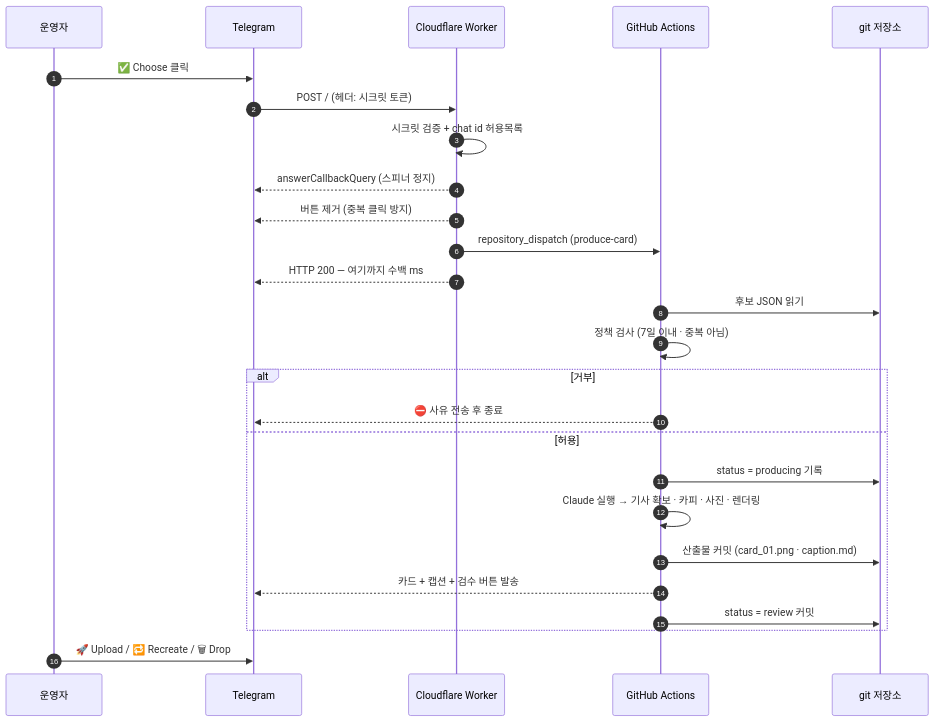
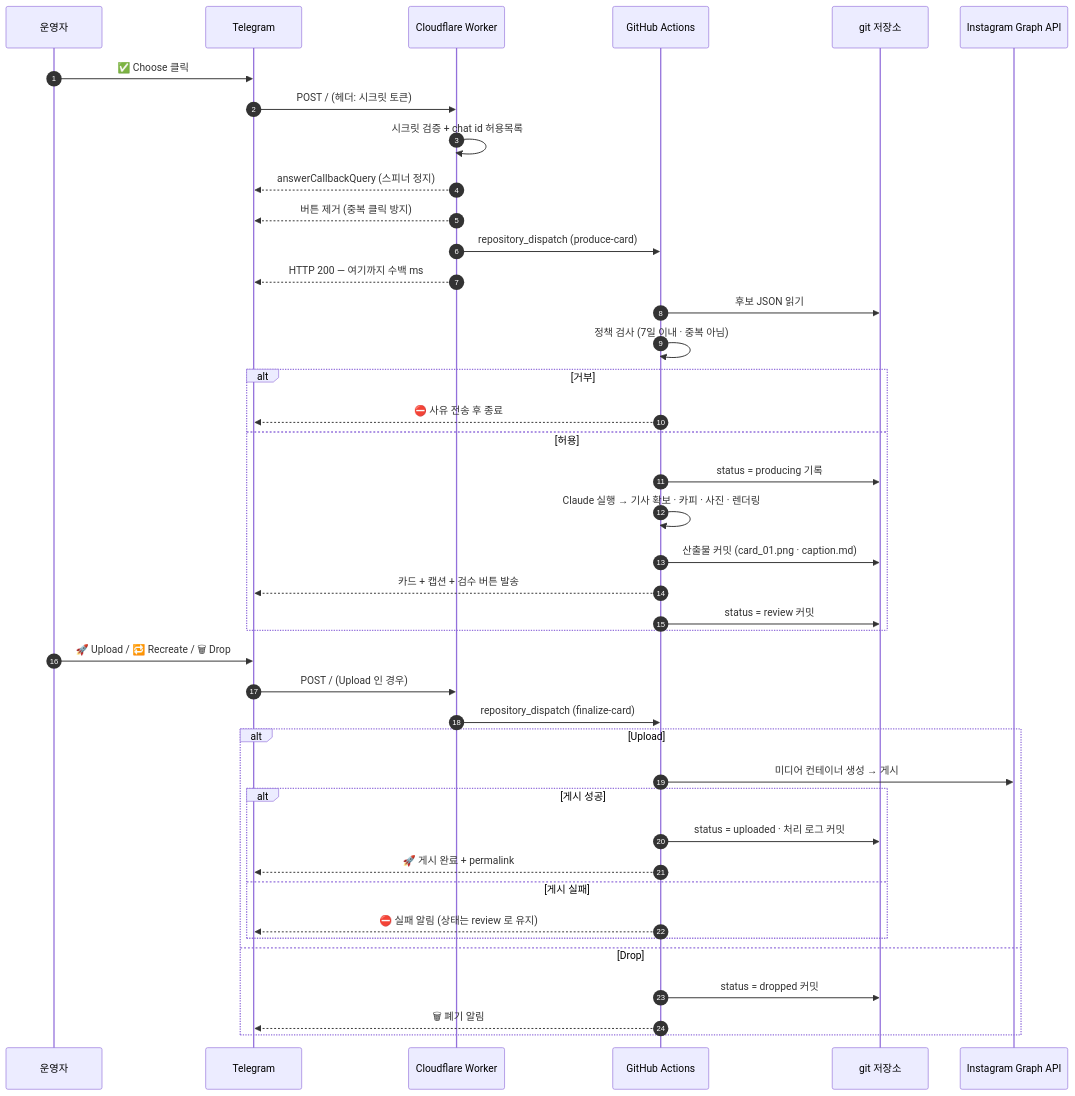
One commit to myoungah-kim/cardnews-surfing-magazine changed the third of 5 diagrams in ARCHITECTURE.md. Above: the diagram before and after it, drawn with Mermaid. The commit also changed other lines of this file and 5 other files, not shown here.

````diff
--- a/ARCHITECTURE.md
+++ b/ARCHITECTURE.md
@@ -91,31 +94,46 @@
 ```mermaid
 sequenceDiagram
     autonumber
     participant U as 운영자
     participant T as Telegram
     participant W as Cloudflare Worker
     participant G as GitHub Actions
     participant R as git 저장소
+    participant IG as Instagram Graph API
 
     U->>T: ✅ Choose 클릭
     T->>W: POST /  (헤더: 시크릿 토큰)
     W->>W: 시크릿 검증 + chat id 허용목록
     W-->>T: answerCallbackQuery (스피너 정지)
     W-->>T: 버튼 제거 (중복 클릭 방지)
     W->>G: repository_dispatch (produce-card)
     W-->>T: HTTP 200 — 여기까지 수백 ms
 
     G->>R: 후보 JSON 읽기
     G->>G: 정책 검사 (7일 이내 · 중복 아님)
     alt 거부
         G-->>T: ⛔ 사유 전송 후 종료
     else 허용
         G->>R: status = producing 기록
         G->>G: Claude 실행 → 기사 확보 · 카피 · 사진 · 렌더링
         G->>R: 산출물 커밋 (card_01.png · caption.md)
         G-->>T: 카드 + 캡션 + 검수 버튼 발송
         G->>R: status = review 커밋
     end
 
     U->>T: 🚀 Upload / 🔁 Recreate / 🗑 Drop
+    T->>W: POST / (Upload 인 경우)
+    W->>G: repository_dispatch (finalize-card)
+    alt Upload
+        G->>IG: 미디어 컨테이너 생성 → 게시
+        alt 게시 성공
+            G->>R: status = uploaded · 처리 로그 커밋
+            G-->>T: 🚀 게시 완료 + permalink
+        else 게시 실패
+            G-->>T: ⛔ 실패 알림 (상태는 review 로 유지)
+        end
+    else Drop
+        G->>R: status = dropped 커밋
+        G-->>T: 🗑 폐기 알림
+    end
 ```
````
